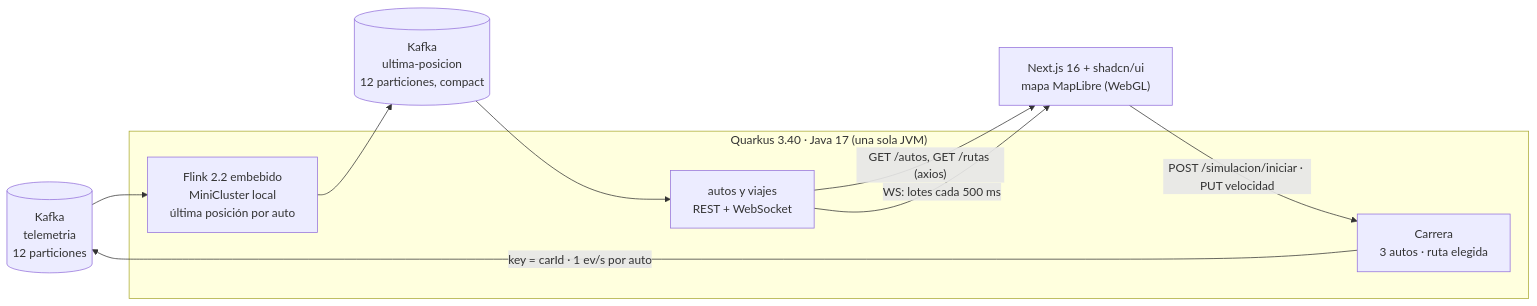
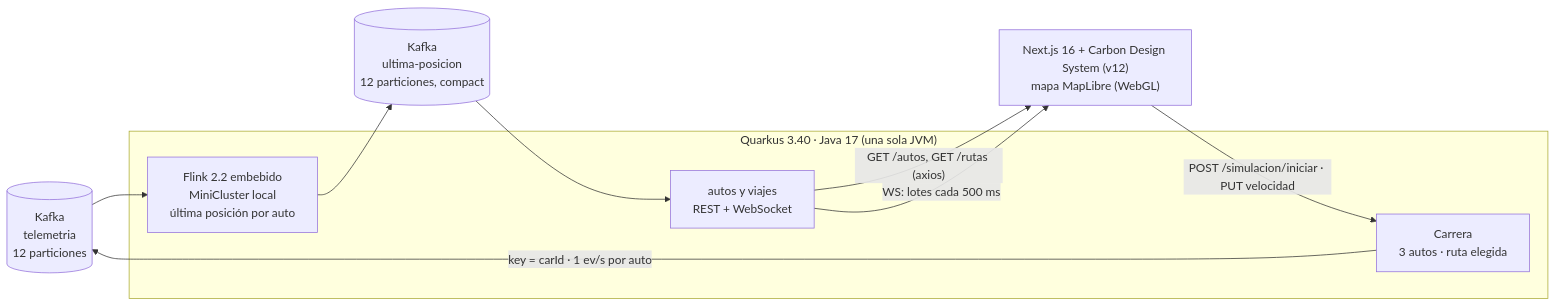
Before and after one commit to devbryan02/telemetry-flink-quarkus: the first of 9 diagrams in docs/specs/telemetria.md, drawn with Mermaid. The commit also changed other lines of this file and 5 other files, not shown here.

````diff
--- a/docs/specs/telemetria.md
+++ b/docs/specs/telemetria.md
@@ -33,19 +33,19 @@
 ```mermaid
 flowchart LR
     K1[("Kafka<br/>telemetria<br/>12 particiones")]
     K2[("Kafka<br/>ultima-posicion<br/>12 particiones, compact")]
     subgraph JVM["Quarkus 3.40 · Java 17 (una sola JVM)"]
         SIM["Carrera<br/>3 autos · ruta elegida"]
         FL["Flink 2.2 embebido<br/>MiniCluster local<br/>última posición por auto"]
         QK["autos y viajes<br/>REST + WebSocket"]
     end
-    NX["Next.js 16 + shadcn/ui<br/>mapa MapLibre (WebGL)"]
+    NX["Next.js 16 + Carbon Design System (v12)<br/>mapa MapLibre (WebGL)"]
 
     NX -- "POST /simulacion/iniciar · PUT velocidad" --> SIM
     SIM -- "key = carId · 1 ev/s por auto" --> K1
     K1 --> FL
     FL --> K2
     K2 --> QK
     QK -- "GET /autos, GET /rutas (axios)" --> NX
     QK -- "WS: lotes cada 500 ms" --> NX
 ```
````
